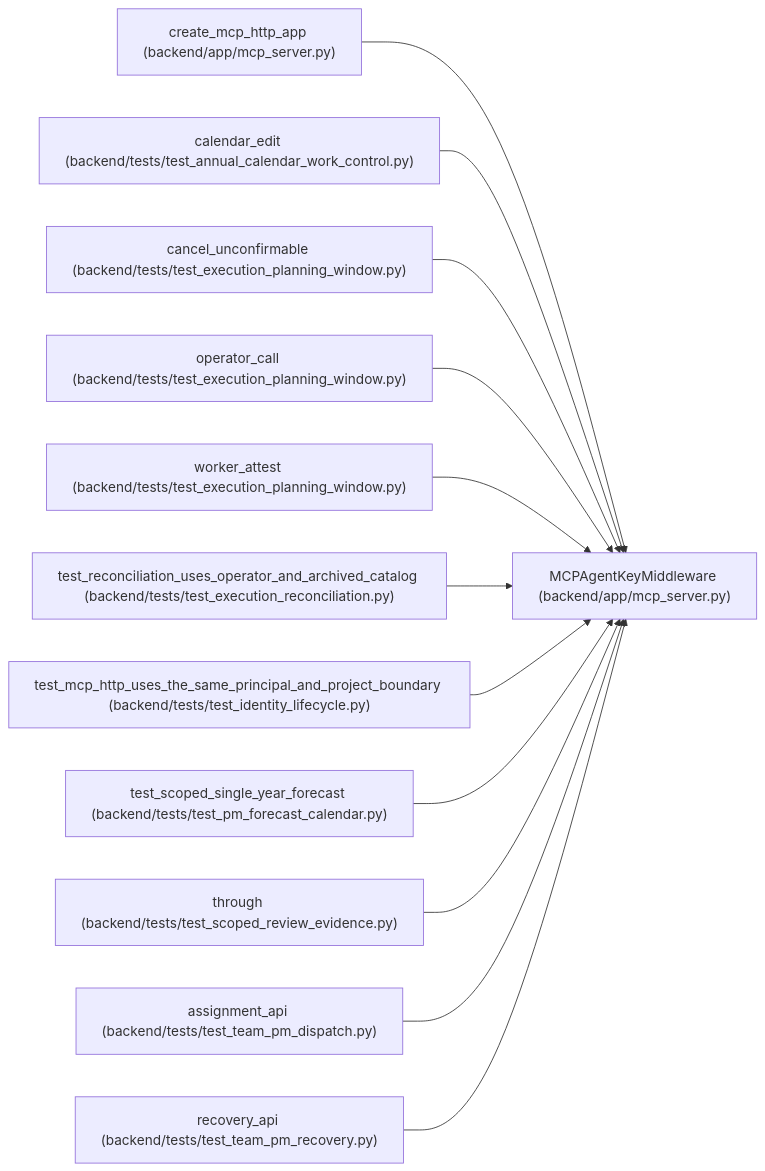
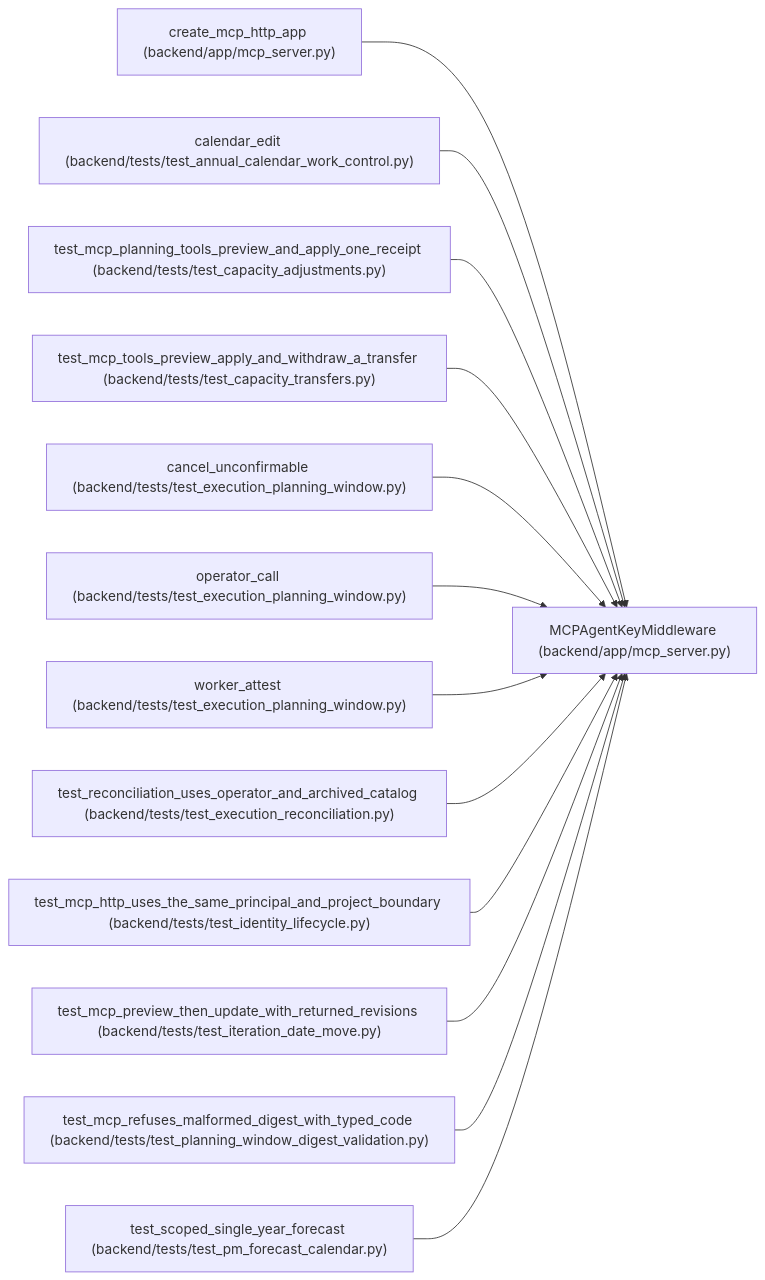
One commit to Denissvgn/WorkChord changed the diagram in docs/llm_wiki/entities/MCPAgentKeyMiddleware.md. Above: the diagram before and after it, drawn with Mermaid. The commit also changed other lines of this file and 1817 other files, not shown here.

First line of the commit message:
Refresh the architectural wiki for the 1.9.0 changes

````diff
--- a/docs/llm_wiki/entities/MCPAgentKeyMiddleware.md
+++ b/docs/llm_wiki/entities/MCPAgentKeyMiddleware.md
@@ -26,38 +26,41 @@
 ```mermaid
 flowchart LR
     n0["MCPAgentKeyMiddleware (backend/app/mcp_server.py)"]
     n1["create_mcp_http_app (backend/app/mcp_server.py)"]
     n2["calendar_edit (backend/tests/test_annual_calendar_work_control.py)"]
-    n3["cancel_unconfirmable (backend/tests/test_execution_planning_window.py)"]
-    n4["operator_call (backend/tests/test_execution_planning_window.py)"]
-    n5["worker_attest (backend/tests/test_execution_planning_window.py)"]
-    n6["test_reconciliation_uses_operator_and_archived_catalog (backend/tests/test_execution_reconciliation.py)"]
-    n7["test_mcp_http_uses_the_same_principal_and_project_boundary (backend/tests/test_identity_lifecycle.py)"]
-    n8["test_scoped_single_year_forecast (backend/tests/test_pm_forecast_calendar.py)"]
-    n9["through (backend/tests/test_scoped_review_evidence.py)"]
-    n10["assignment_api (backend/tests/test_team_pm_dispatch.py)"]
-    n11["recovery_api (backend/tests/test_team_pm_recovery.py)"]
+    n3["test_mcp_planning_tools_preview_and_apply_one_receipt (backend/tests/test_capacity_adjustments.py)"]
+    n4["test_mcp_tools_preview_apply_and_withdraw_a_transfer (backend/tests/test_capacity_transfers.py)"]
+    n5["cancel_unconfirmable (backend/tests/test_execution_planning_window.py)"]
+    n6["operator_call (backend/tests/test_execution_planning_window.py)"]
+    n7["worker_attest (backend/tests/test_execution_planning_window.py)"]
+    n8["test_reconciliation_uses_operator_and_archived_catalog (backend/tests/test_execution_reconciliation.py)"]
+    n9["test_mcp_http_uses_the_same_principal_and_project_boundary (backend/tests/test_identity_lifecycle.py)"]
+    n10["test_mcp_preview_then_update_with_returned_revisions (backend/tests/test_iteration_date_move.py)"]
+    n11["test_mcp_refuses_malformed_digest_with_typed_code (backend/tests/test_planning_window_digest_validation.py)"]
+    n12["test_scoped_single_year_forecast (backend/tests/test_pm_forecast_calendar.py)"]
     n1 --> n0
     n2 --> n0
     n3 --> n0
     n4 --> n0
     n5 --> n0
     n6 --> n0
     n7 --> n0
     n8 --> n0
     n9 --> n0
     n10 --> n0
     n11 --> n0
+    n12 --> n0
     click n0 "../modules/mcp_server.md"
     click n1 "../modules/mcp_server.md"
     click n2 "../modules/test_annual_calendar_work_control.md"
-    click n3 "../modules/test_execution_planning_window.md"
-    click n4 "../modules/test_execution_planning_window.md"
+    click n3 "../modules/test_capacity_adjustments.md"
+    click n4 "../modules/test_capacity_transfers.md"
     click n5 "../modules/test_execution_planning_window.md"
-    click n6 "../modules/test_execution_reconciliation.md"
-    click n7 "../modules/test_identity_lifecycle.md"
-    click n8 "../modules/test_pm_forecast_calendar.md"
-    click n9 "../modules/test_scoped_review_evidence.md"
-    click n10 "../modules/test_team_pm_dispatch.md"
-    click n11 "../modules/test_team_pm_recovery.md"
+    click n6 "../modules/test_execution_planning_window.md"
+    click n7 "../modules/test_execution_planning_window.md"
+    click n8 "../modules/test_execution_reconciliation.md"
+    click n9 "../modules/test_identity_lifecycle.md"
+    click n10 "../modules/test_iteration_date_move.md"
+    click n11 "../modules/test_planning_window_digest_validation.md"
+    click n12 "../modules/test_pm_forecast_calendar.md"
 ```
````
